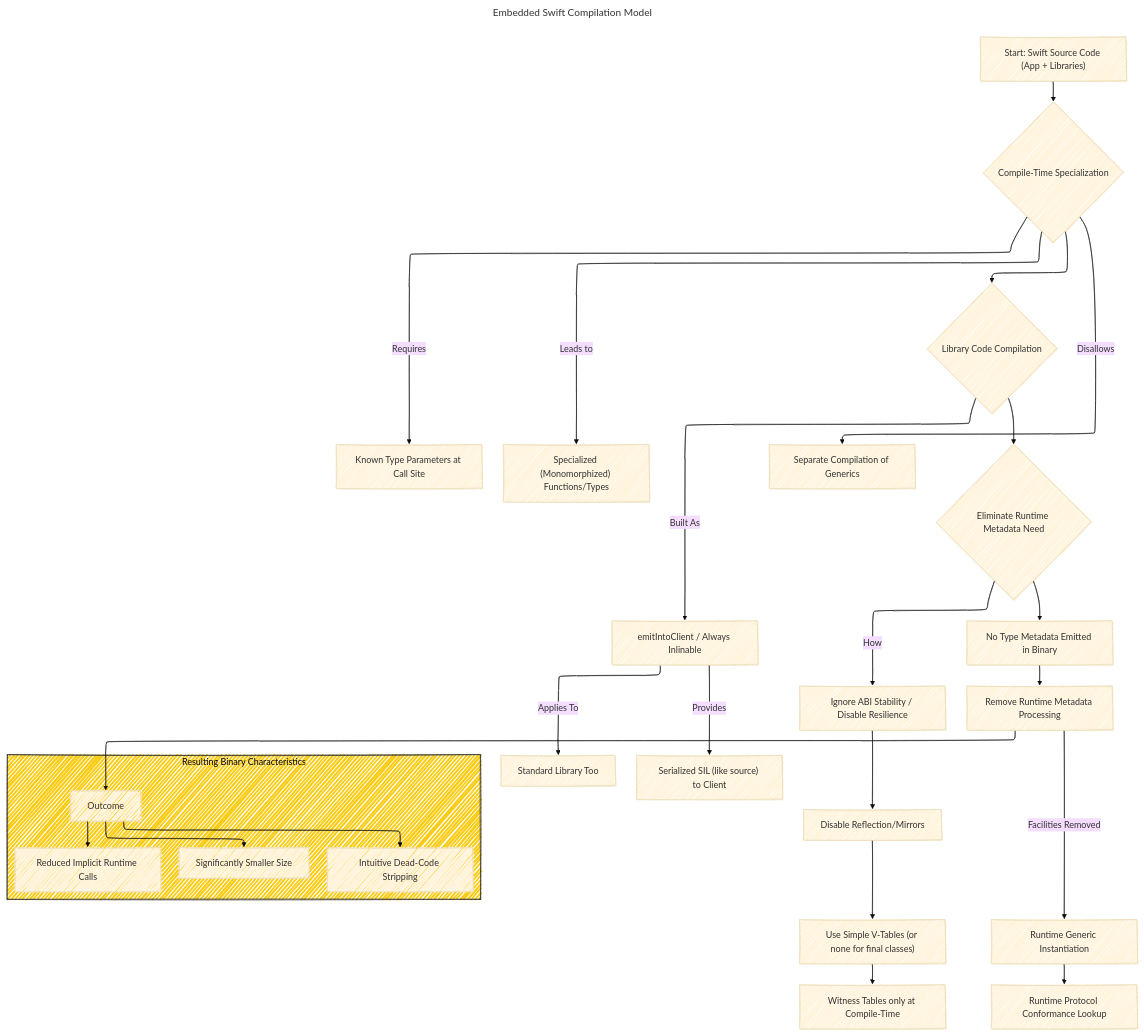
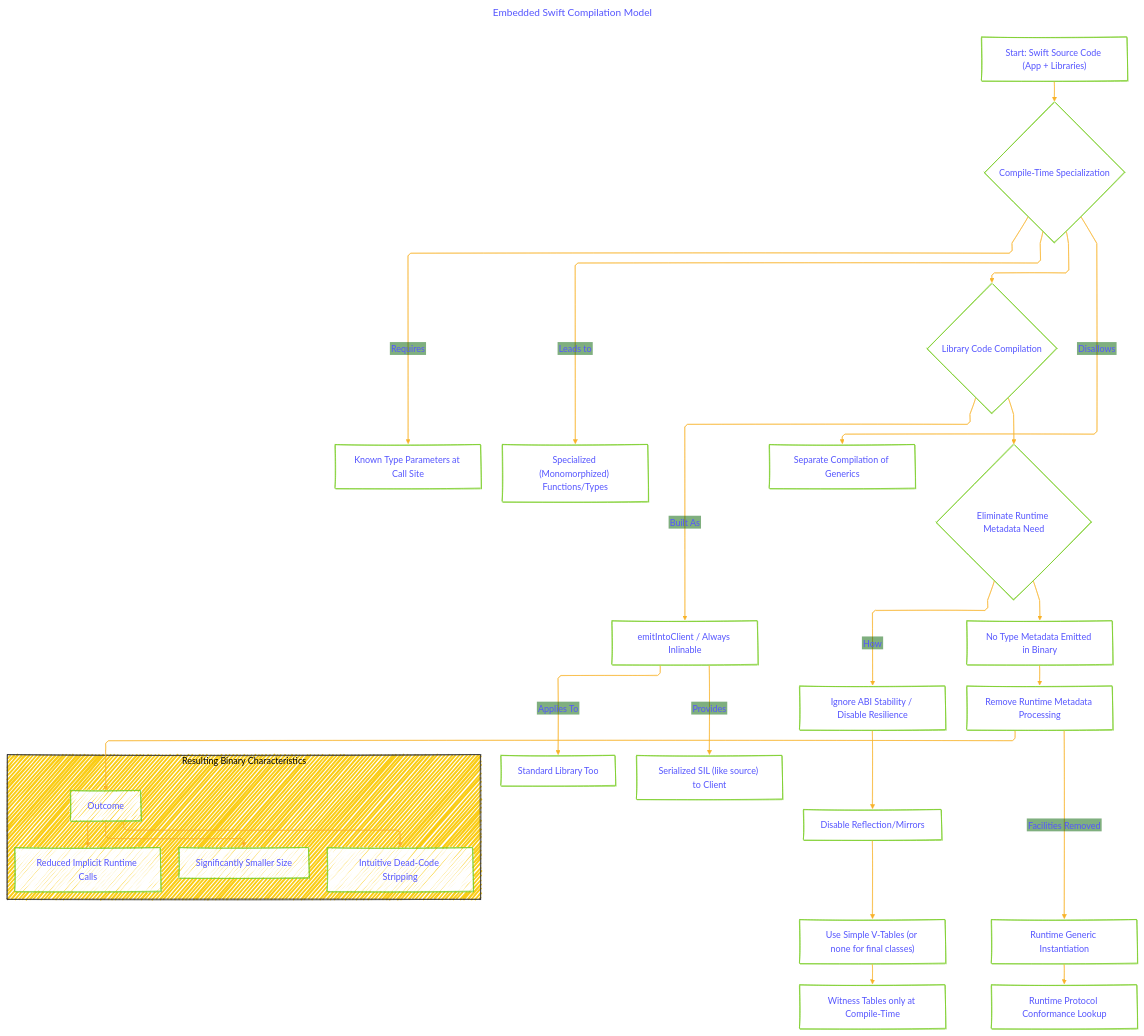
Before and after one commit to CongLeSolutionX/iOS-development-vault: the fourth of 6 diagrams in SWIFT_EVOLUTION/VISIONS/A_Vision_for_Embedded_Swift.md, drawn with Mermaid. The commit also changed other lines of this file, not shown here.

````diff
--- a/SWIFT_EVOLUTION/VISIONS/A_Vision_for_Embedded_Swift.md
+++ b/SWIFT_EVOLUTION/VISIONS/A_Vision_for_Embedded_Swift.md
@@ -238,68 +232,64 @@
 ```mermaid
 ---
 title: "Embedded Swift Compilation Model"
 author: "Cong Le"
 version: "1.0"
 license(s): "MIT, CC BY 4.0"
 copyright: "Copyright (c) 2025 Cong Le. All Rights Reserved."
 config:
   layout: elk
   look: handDrawn
   theme: base
 ---
 %%%%%%%% Mermaid version v11.4.1-b.14
 %%%%%%%% Synthwave Night Palette Theme (Dark Mode)
 %%%%%%%% Toggle theme value to default `dark` theme to disable this customized theme.
 %%%%%%%% This theme IS a dark theme by design.
 %%%%%%%% Available curve styles include: basis, bumpX, bumpY, cardinal, catmullRom, linear, monotoneX, monotoneY, natural, step, stepAfter, stepBefore.
 %%{
   init: {
     'flowchart': { 'htmlLabels': false, 'curve': 'linear' },
-    'fontFamily': 'Monospace, Arial, sans-serif',
+    'fontFamily': 'Fantasy',
     'themeVariables': {
-      'background' : '#1A202C',                    /* SETTING OVERALL BACKGROUND */
-      'primaryColor': '#2D3748',                   /* Dark Slate (Default Node Background) */
-      'primaryTextColor': '#E2E8F0',               /* Light Gray/Off-White (Text Color) */
-      'primaryBorderColor': '#EC4899',             /* Primary Neon Pink (Border Color) */
-      'lineColor': '#F8B229',                       
-      'secondaryColor': '#22D3EE',                 /* Secondary Neon Cyan (Alt Node Background) */
-      'tertiaryColor': '#A78BFA'                   /* Accent Neon Purple (Special Node Background) */
-      /* Other Palette Colors (Use with 'style'):
-         Accent Neon Yellow: #FACC15 (Needs dark border/text if fill)
-         Secondary Text: #A0AEC0 */
+      'primaryColor': '#ffff',
+      'primaryTextColor': '#55ff',
+      'primaryBorderColor': '#7c2',
+      'lineColor': '#F8B229',
+      'secondaryColor': '#006100',
+      'tertiaryColor': '#fff'
     }
   }
 }%%
 flowchart TD
     Start["Start: Swift Source Code (App + Libraries)"] --> Step1{Compile-Time Specialization};
     Step1 -- Requires --> Step1a[Known Type Parameters at Call Site];
     Step1 -- Leads to --> Step1b["Specialized (Monomorphized) Functions/Types"]
     Step1 -- Disallows --> Step1c["Separate Compilation of Generics"]
 
     Step1 --> Step2{Library Code Compilation};
     Step2 -- Built As --> Step2a["emitIntoClient" / Always Inlinable];
     Step2a -- Applies To --> Step2b[Standard Library Too];
     Step2a -- Provides --> Step2c["Serialized SIL (like source) to Client"]
 
     Step2 --> Step3{Eliminate Runtime Metadata Need};
     Step3 -- How --> Step3a[Ignore ABI Stability / Disable Resilience];
     Step3a --> Step3b[Disable Reflection/Mirrors]
     Step3b --> Step3c["Use Simple V-Tables (or none for final classes)"]
     Step3c --> Step3d[Witness Tables only at Compile-Time];
 
     Step3 --> Step4[No Type Metadata Emitted in Binary];
     Step4 --> Step5[Remove Runtime Metadata Processing];
     Step5 -- Facilities Removed --> Step5a[Runtime Generic Instantiation];
     Step5a --> Step5b[Runtime Protocol Conformance Lookup];
 
     Step5 --> Result[Outcome];
     subgraph ResultGraph ["Resulting Binary Characteristics"]
         direction LR
         Result --> R1[Significantly Smaller Size];
         Result --> R2[Intuitive Dead-Code Stripping];
         Result --> R3[Reduced Implicit Runtime Calls];
     end
 
     style ResultGraph fill:#FACC15,stroke:#333
     
 ```
````
